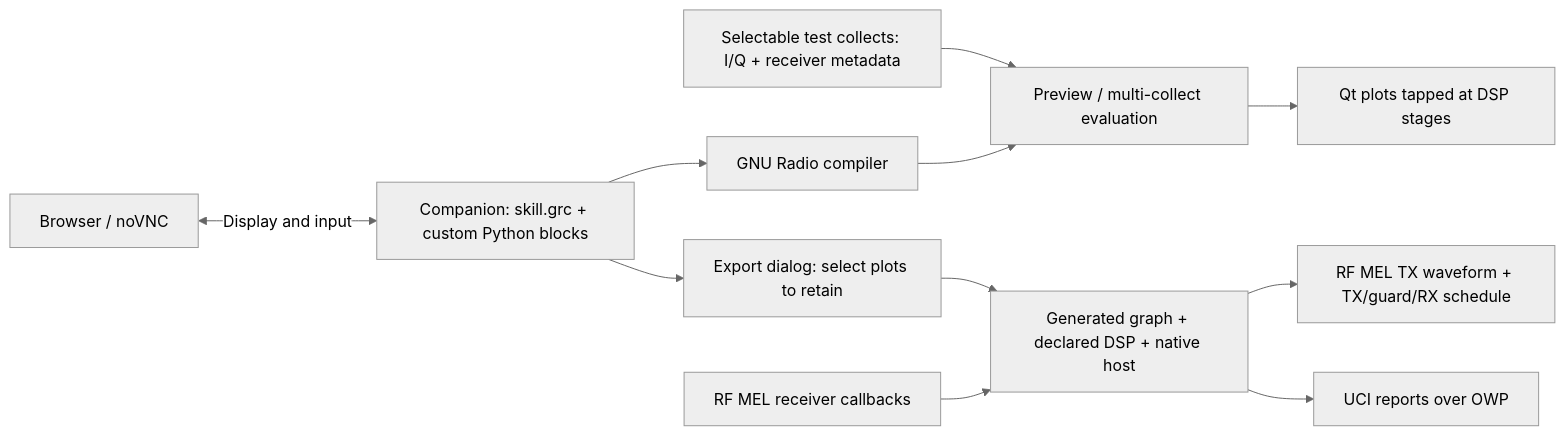
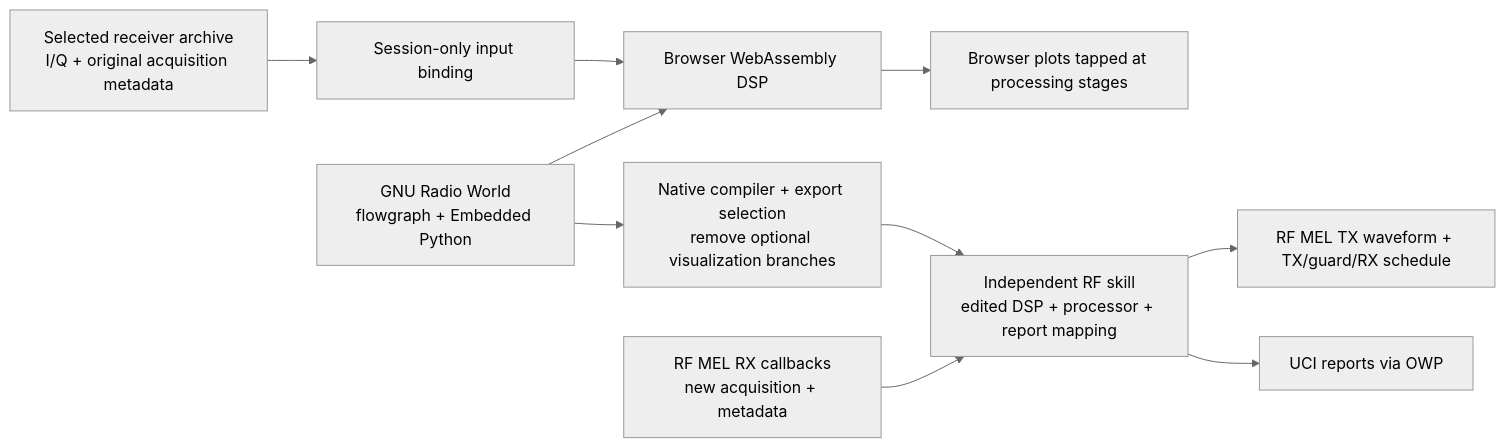
One commit to wa200508/RF-Skill-Harness changed the diagram in README.md. Above: the diagram before and after it, drawn with Mermaid (neutral theme). The commit also changed other lines of this file and 28 other files, not shown here.

Commit message:
Replace streamed Companion desktop with GNU Radio World RF workbench

````diff
--- a/README.md
+++ b/README.md
@@ -28,13 +123,12 @@
 ```mermaid
 flowchart LR
-  B["Browser / noVNC"] <-->|Display and input| G
-  G["Companion: skill.grc + custom Python blocks"] --> C["GNU Radio compiler"]
-  D["Selectable test collects: I/Q + receiver metadata"] --> P["Preview / multi-collect evaluation"]
-  C --> P
-  P --> V["Qt plots tapped at DSP stages"]
-  G --> E["Export dialog: select plots to retain"]
-  E --> S["Generated graph + declared DSP + native host"]
-  RX["RF MEL receiver callbacks"] --> S
-  S --> TX["RF MEL TX waveform + TX/guard/RX schedule"]
-  S --> U["UCI reports over OWP"]
+  CAP["Selected receiver archive<br/>I/Q + original acquisition metadata"] --> BIND["Session-only input binding"]
+  EDIT["GNU Radio World<br/>flowgraph + Embedded Python"] --> WASM["Browser WebAssembly DSP"]
+  BIND --> WASM
+  WASM --> PLOTS["Browser plots tapped at processing stages"]
+  EDIT --> EXPORT["Native compiler + export selection<br/>remove optional visualization branches"]
+  EXPORT --> SKILL["Independent RF skill<br/>edited DSP + processor + report mapping"]
+  MEL["RF MEL RX callbacks<br/>new acquisition + metadata"] --> SKILL
+  SKILL --> TX["RF MEL TX waveform + TX/guard/RX schedule"]
+  SKILL --> UCI["UCI reports via OWP"]
 ```
````
